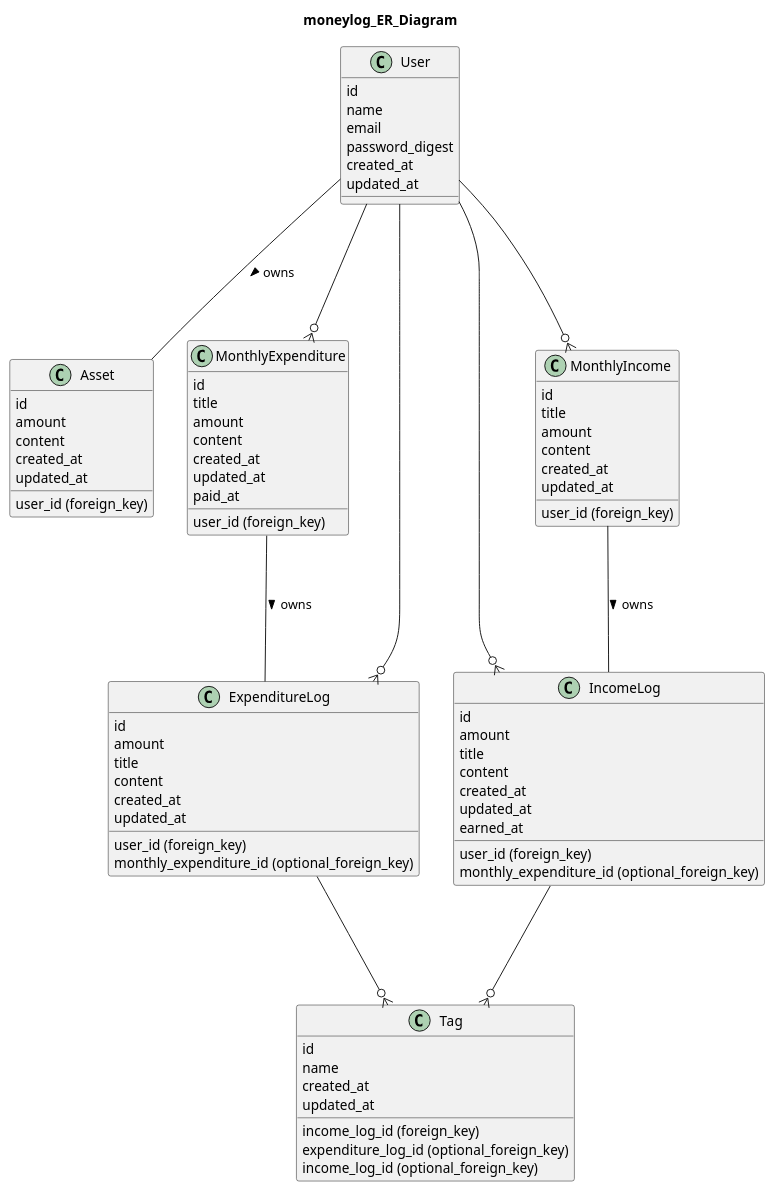
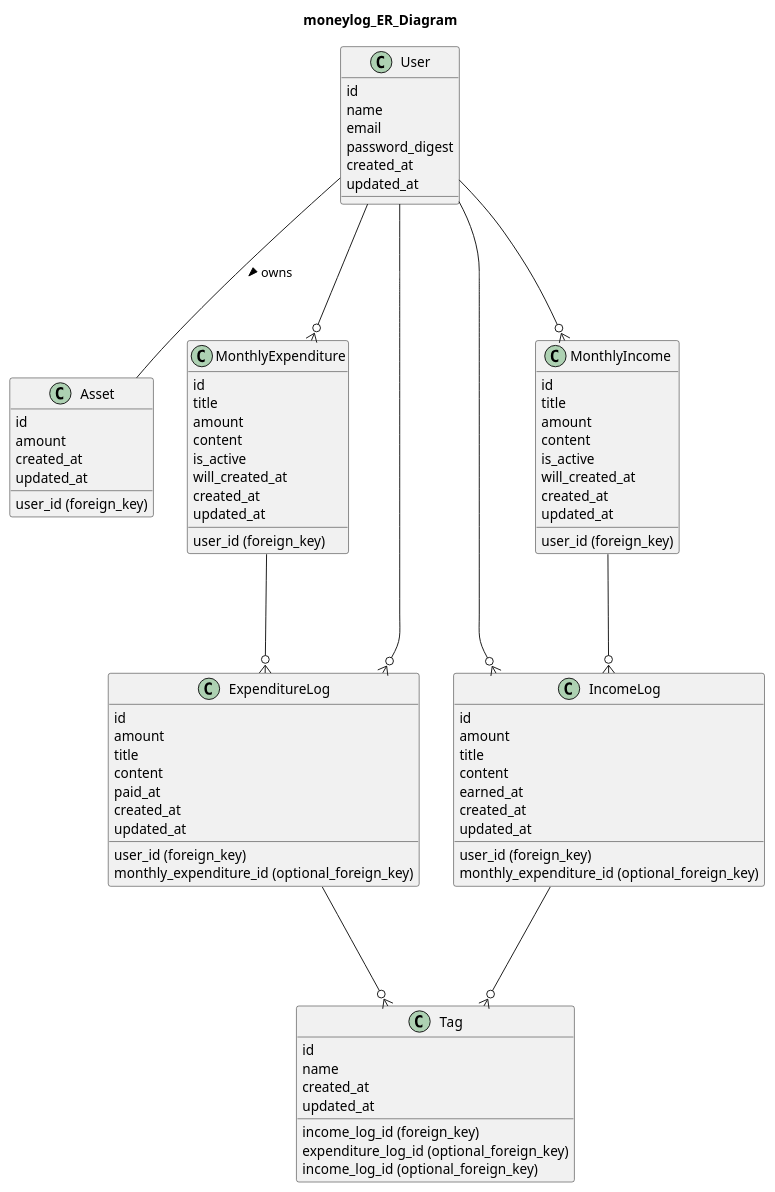
One commit to digitter/moneylog changed the diagram in moneylog_doc/moneylog_uml.pu. Above: the diagram before and after it, drawn with PlantUML.

Commit message:
update ER

```diff
--- a/moneylog_doc/moneylog_uml.pu
+++ b/moneylog_doc/moneylog_uml.pu
@@ -1,82 +1,85 @@
 @startuml
   title moneylog_ER_Diagram
 
   ' Relationship
   User --- Asset: owns >
   User ---o{ ExpenditureLog
   User ---o{ IncomeLog
   User ---o{ MonthlyExpenditure
   User ---o{ MonthlyIncome
 
-  MonthlyExpenditure --- ExpenditureLog: owns >
-  MonthlyIncome --- IncomeLog: owns >
+  MonthlyExpenditure ---o{ ExpenditureLog
+  MonthlyIncome ---o{ IncomeLog
 
   IncomeLog ---o{ Tag
   ExpenditureLog ---o{ Tag
 
   class User {
     id
     name
     email
     password_digest
     created_at
     updated_at
   }
   class Asset {
     id
     user_id (foreign_key)
     amount
-    content
     created_at
     updated_at
   }
   class MonthlyExpenditure {
     id
     user_id (foreign_key)
     title
     amount
     content
+    is_active
+    will_created_at
     created_at
     updated_at
-    paid_at
   }
   class MonthlyIncome {
     id
     user_id (foreign_key)
     title
     amount
     content
+    is_active
+    will_created_at
     created_at
     updated_at
   }
   class IncomeLog {
     id
     user_id (foreign_key)
     monthly_expenditure_id (optional_foreign_key)
     amount
     title
     content
+    earned_at
     created_at
     updated_at
-    earned_at
   }
   class ExpenditureLog {
     id
     user_id (foreign_key)
     monthly_expenditure_id (optional_foreign_key)
     amount
     title
     content
+    paid_at
     created_at
     updated_at
   }
   class Tag {
     id
     income_log_id (foreign_key)
     expenditure_log_id (optional_foreign_key)
     income_log_id (optional_foreign_key)
     name
     created_at
     updated_at
   }
 @enduml
```
